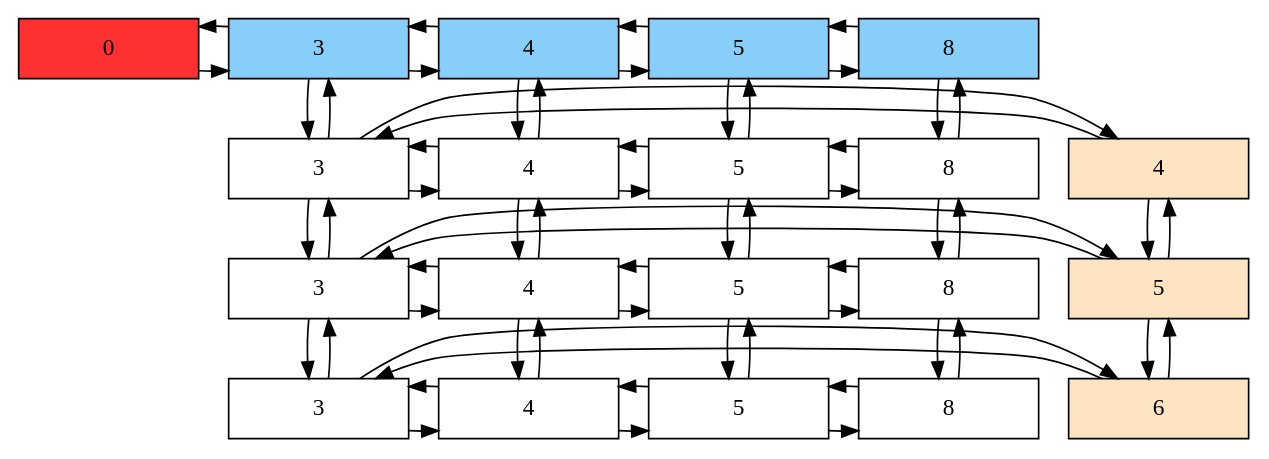
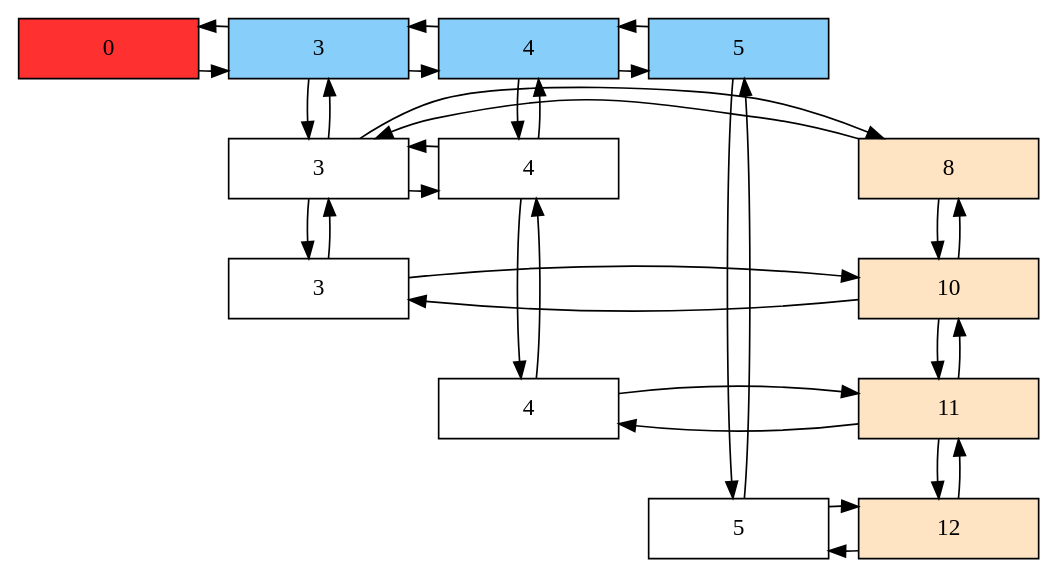
Before and after one commit to EdsonArmando/EDD_2S2019_PY1_201701029: the diagram in cmake-build-debug/matrix.dot, drawn with Graphviz. The commit also changed 52 other files, not shown here.

```diff
--- a/cmake-build-debug/matrix.dot
+++ b/cmake-build-debug/matrix.dot
@@ -1,98 +1,56 @@
 digraph Sparce_Matrix {
  node [shape=box]
   Mt[ label = "0", width = 1.5, style = filled, fillcolor = firebrick1, group = 1 ];
 e0[ shape = point, width = 0 ];
  e1[ shape = point, width = 0 ];
-U4[label = "4" pos = "5.3,3.5!" width = 1.5 style = filled, fillcolor = bisque1, group = 1 ];
-U4 -> N3_L4
-N3_L4 ->U4
-U4 -> U5
-U5 -> U4
-N3_L4 -> N3_L5
-N3_L5 -> N3_L4
-N3_L4[label = "3" width = 1.5, group = 2 ];
-{ rank = same; U4;N3_L4; }
-N3_L4 -> N4_L4
-N4_L4 -> N3_L4
-N4_L4 -> N4_L5
-N4_L5 -> N4_L4
-N4_L4[label = "4" width = 1.5, group = 2 ];
-{ rank = same; U4;N4_L4; }
-N4_L4 -> N5_L4
-N5_L4 -> N4_L4
-N5_L4 -> N5_L5
-N5_L5 -> N5_L4
-N5_L4[label = "5" width = 1.5, group = 2 ];
-{ rank = same; U4;N5_L4; }
-N5_L4 -> N8_L4
-N8_L4 -> N5_L4
-N8_L4 -> N8_L5
-N8_L5 -> N8_L4
-N8_L4[label = "8" width = 1.5, group = 2 ];
-{ rank = same; U4;N8_L4; }
-U5[label = "5" pos = "5.3,3.5!" width = 1.5 style = filled, fillcolor = bisque1, group = 1 ];
-U5 -> N3_L5
-N3_L5 ->U5
-U5 -> U6
-U6 -> U5
-N3_L5 -> N3_L6
-N3_L6 -> N3_L5
-N3_L5[label = "3" width = 1.5, group = 2 ];
-{ rank = same; U5;N3_L5; }
-N3_L5 -> N4_L5
-N4_L5 -> N3_L5
-N4_L5 -> N4_L6
-N4_L6 -> N4_L5
-N4_L5[label = "4" width = 1.5, group = 2 ];
-{ rank = same; U5;N4_L5; }
-N4_L5 -> N5_L5
-N5_L5 -> N4_L5
-N5_L5 -> N5_L6
-N5_L6 -> N5_L5
-N5_L5[label = "5" width = 1.5, group = 2 ];
-{ rank = same; U5;N5_L5; }
-N5_L5 -> N8_L5
-N8_L5 -> N5_L5
-N8_L5 -> N8_L6
-N8_L6 -> N8_L5
-N8_L5[label = "8" width = 1.5, group = 2 ];
-{ rank = same; U5;N8_L5; }
-U6[label = "6" pos = "5.3,3.5!" width = 1.5 style = filled, fillcolor = bisque1, group = 1 ];
-U6 -> N3_L6
-N3_L6 ->U6
-N3_L6[label = "3" width = 1.5, group = 2 ];
-{ rank = same; U6;N3_L6; }
-N3_L6 -> N4_L6
-N4_L6 -> N3_L6
-N4_L6[label = "4" width = 1.5, group = 2 ];
-{ rank = same; U6;N4_L6; }
-N4_L6 -> N5_L6
-N5_L6 -> N4_L6
-N5_L6[label = "5" width = 1.5, group = 2 ];
-{ rank = same; U6;N5_L6; }
-N5_L6 -> N8_L6
-N8_L6 -> N5_L6
-N8_L6[label = "8" width = 1.5, group = 2 ];
-{ rank = same; U6;N8_L6; }
+U8[label = "8" pos = "5.3,3.5!" width = 1.5 style = filled, fillcolor = bisque1, group = 1 ];
+U8 -> N3_L8
+N3_L8 ->U8
+U8 -> U10
+U10 -> U8
+N3_L8 -> N3_L10
+N3_L10 -> N3_L8
+N3_L8[label = "3" width = 1.5, group = 2 ];
+{ rank = same; U8;N3_L8; }
+N3_L8 -> N4_L8
+N4_L8 -> N3_L8
+N4_L8 -> N4_L11
+N4_L11 -> N4_L8
+N4_L8[label = "4" width = 1.5, group = 2 ];
+{ rank = same; U8;N4_L8; }
+U10[label = "10" pos = "5.3,3.5!" width = 1.5 style = filled, fillcolor = bisque1, group = 1 ];
+U10 -> N3_L10
+N3_L10 ->U10
+U10 -> U11
+U11 -> U10
+N3_L10[label = "3" width = 1.5, group = 2 ];
+{ rank = same; U10;N3_L10; }
+U11[label = "11" pos = "5.3,3.5!" width = 1.5 style = filled, fillcolor = bisque1, group = 1 ];
+U11 -> N4_L11
+N4_L11 ->U11
+U11 -> U12
+U12 -> U11
+N4_L11[label = "4" width = 1.5, group = 2 ];
+{ rank = same; U11;N4_L11; }
+U12[label = "12" pos = "5.3,3.5!" width = 1.5 style = filled, fillcolor = bisque1, group = 1 ];
+U12 -> N5_L12
+N5_L12 ->U12
+N5_L12[label = "5" width = 1.5, group = 2 ];
+{ rank = same; U12;N5_L12; }
 Mt->A3
 A3->Mt
 A3[label = "3"   width = 1.5 style = filled, fillcolor = lightskyblue, group = 2 ];
-A3 -> N3_L4
-N3_L4 -> A3
+A3 -> N3_L8
+N3_L8 -> A3
 A3 -> A4
 A4 -> A3
 A4[label = "4"   width = 1.5 style = filled, fillcolor = lightskyblue, group = 2 ];
-A4 -> N4_L4
-N4_L4 -> A4
+A4 -> N4_L8
+N4_L8 -> A4
 A4 -> A5
 A5 -> A4
 A5[label = "5"   width = 1.5 style = filled, fillcolor = lightskyblue, group = 2 ];
-A5 -> N5_L4
-N5_L4 -> A5
-A5 -> A8
-A8 -> A5
-A8[label = "8"   width = 1.5 style = filled, fillcolor = lightskyblue, group = 2 ];
-A8 -> N8_L4
-N8_L4 -> A8
- { rank = same; Mt;A3;A4;A5;A8;}
+A5 -> N5_L12
+N5_L12 -> A5
+ { rank = same; Mt;A3;A4;A5;}
 }
```
